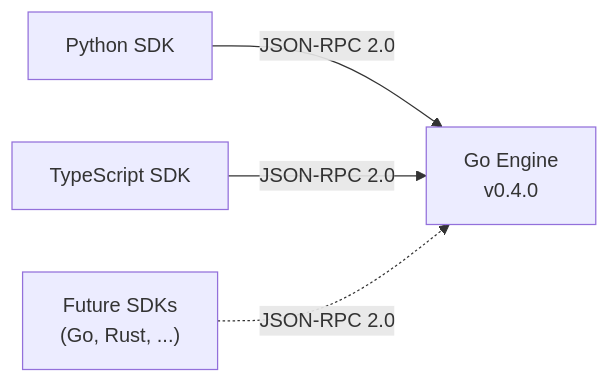
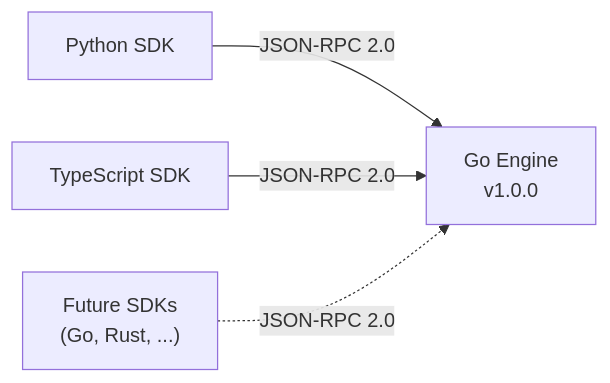
Before and after one commit to attest-framework/attest-website: the third of 3 diagrams in src/content/docs/architecture/overview.mdx, drawn with Mermaid. The commit also changed other lines of this file and 4 other files, not shown here.

````diff
--- a/src/content/docs/architecture/overview.mdx
+++ b/src/content/docs/architecture/overview.mdx
@@ -267,6 +267,6 @@
 ```mermaid
 flowchart LR
-    PY["Python SDK"] -->|"JSON-RPC 2.0"| ENG["Go Engine<br/>v0.4.0"]
+    PY["Python SDK"] -->|"JSON-RPC 2.0"| ENG["Go Engine<br/>v1.0.0"]
     TS["TypeScript SDK"] -->|"JSON-RPC 2.0"| ENG
     FUTURE["Future SDKs<br/>(Go, Rust, ...)"] -.->|"JSON-RPC 2.0"| ENG
 ```
````
